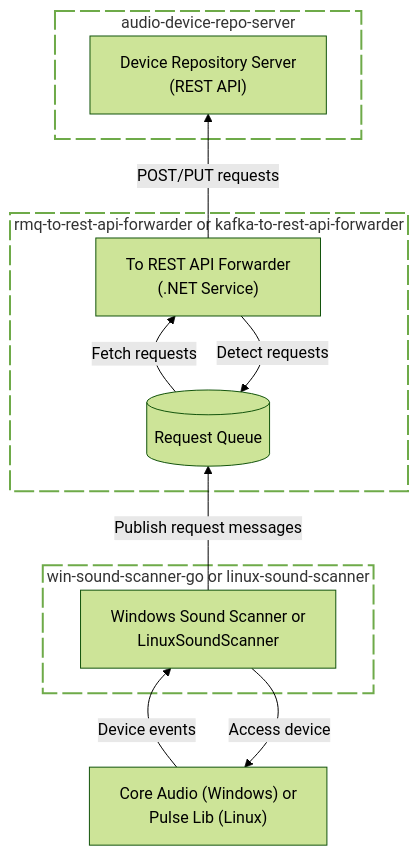
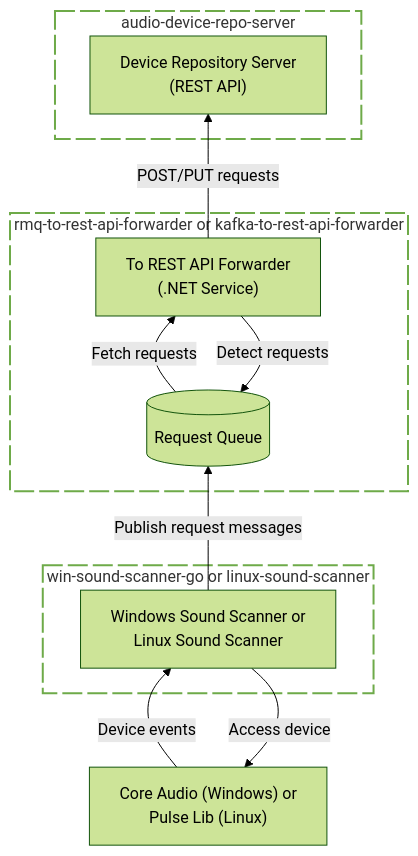
Before and after one commit to collect-sound-devices/.github: the diagram in profile/README.md, drawn with Mermaid (forest theme).

Commit message:
Improve formatting in README flowchart
Updated formatting for better readability in flowchart.

````diff
--- a/profile/README.md
+++ b/profile/README.md
@@ -19,33 +19,39 @@
 ```mermaid
 flowchart BT
 
 classDef dottedBox fill:transparent,fill-opacity:0.55, stroke-dasharray:20 5,stroke-width:2px;
 
-coreAudioApi["Core Audio (Windows) or<br>Pulse Lib (Linux)"]
+coreAudioApi["Core Audio (Windows) or
+Pulse Lib (Linux)"]
 
 subgraph scannerService["win-sound-scanner-go or linux-sound-scanner"]
-    winSoundScannerService["Windows Sound Scanner or<br>LinuxSoundScanner"]
+    winSoundScannerService["Windows Sound Scanner or
+    Linux Sound Scanner"]
 end
 class scannerService dottedBox
 
-subgraph requestQueueMicroservice["rmq-to-rest-api-forwarder or kafka-to-rest-api-forwarder<br>"]
+subgraph requestQueueMicroservice["rmq-to-rest-api-forwarder or kafka-to-rest-api-forwarder
+"]
     requestQueue[("Request Queue")]
-    rabbitMqRestForwarder["To REST API Forwarder<br>(.NET Service)"]
+    rabbitMqRestForwarder["To REST API Forwarder
+    (.NET Service)"]
 end
 class requestQueueMicroservice dottedBox
 
-subgraph repoServer["audio-device-repo-server<br>"]
-  deviceRepositoryApi["Device Repository Server<br>(REST API)"]
+subgraph repoServer["audio-device-repo-server
+"]
+    deviceRepositoryApi["Device Repository Server
+    (REST API)"]
 end
 class repoServer dottedBox
 
 winSoundScannerService --> |Access device| coreAudioApi
 coreAudioApi -->|Device events| winSoundScannerService
 
 winSoundScannerService -->|Publish request messages| requestQueue
 
 requestQueue -->|Fetch requests| rabbitMqRestForwarder
 rabbitMqRestForwarder --> |Detect requests| requestQueue
 rabbitMqRestForwarder -->|POST/PUT requests| deviceRepositoryApi
 
 ```
````
